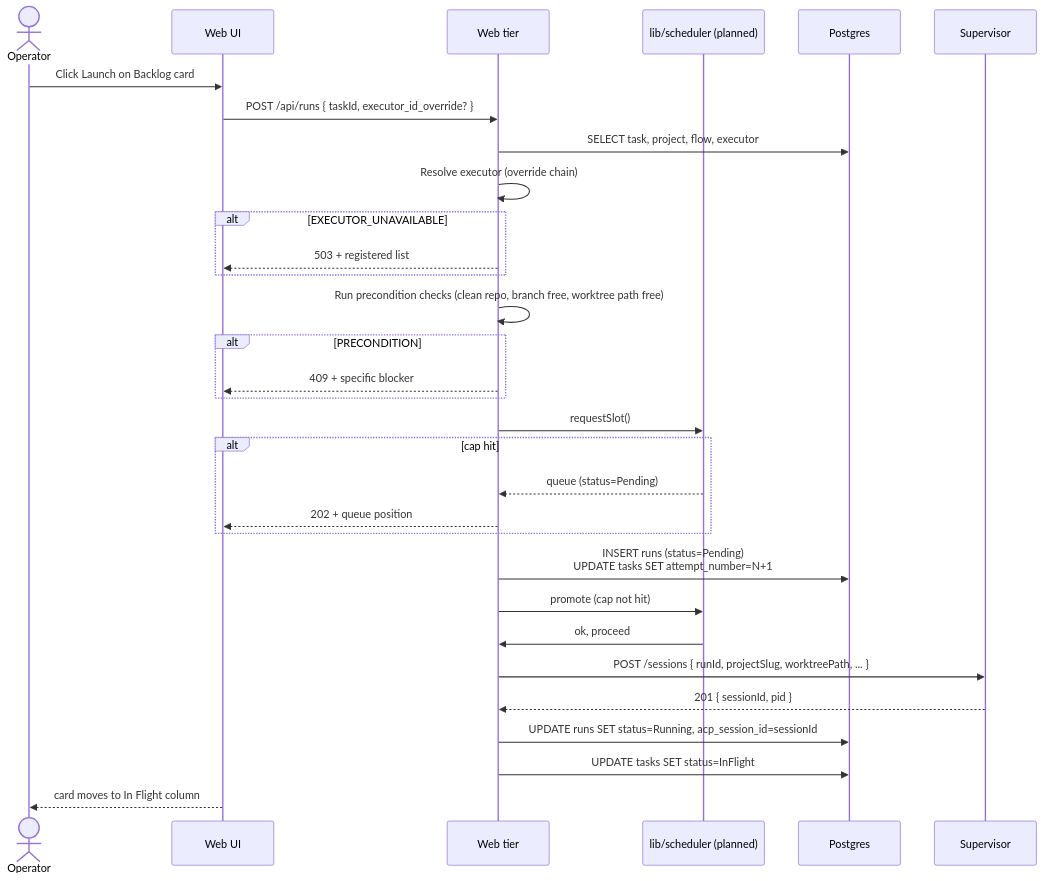
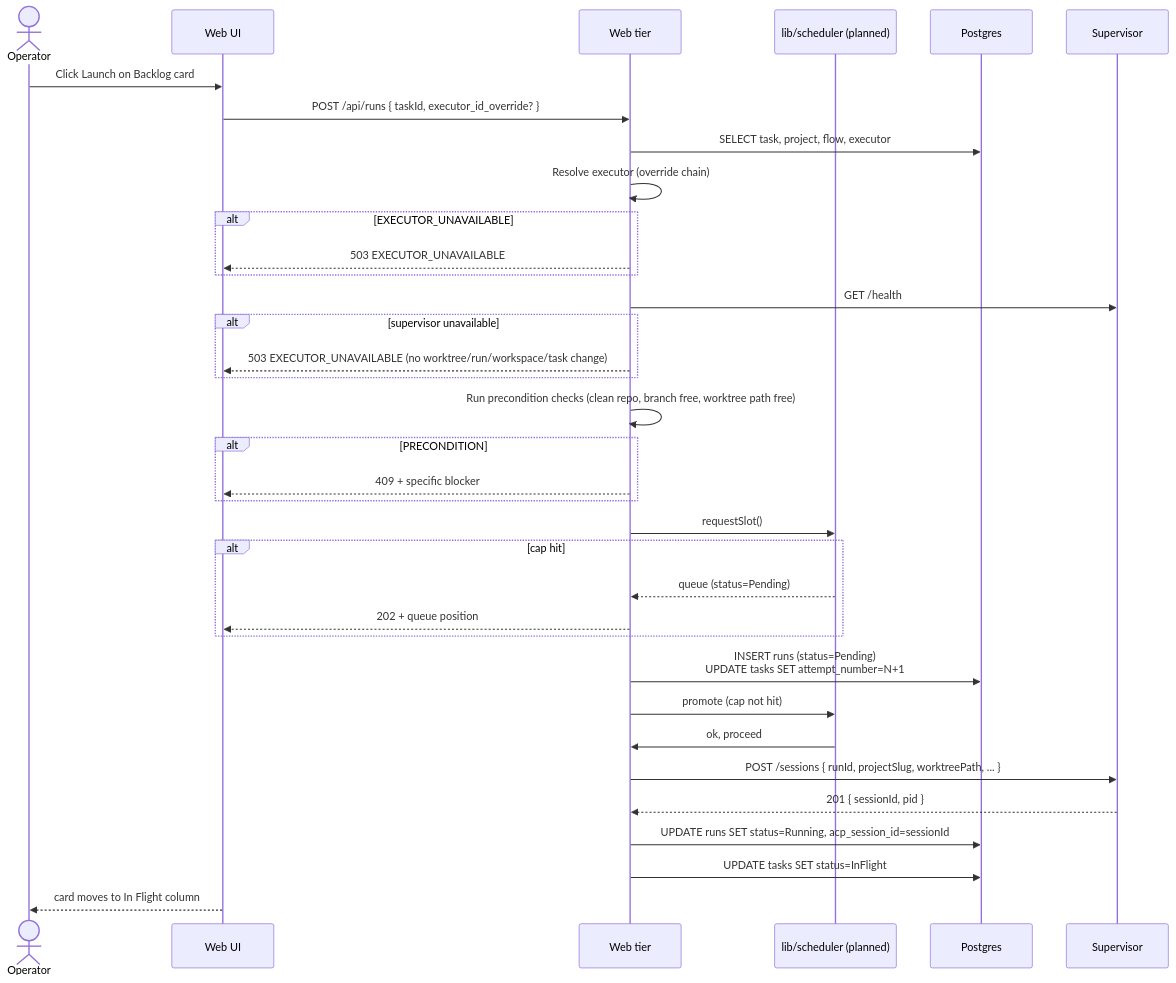
Before and after one commit to maister-dev/maister: the fourth of 6 diagrams in docs/system-analytics/tasks.md, drawn with Mermaid. The commit also changed 32 other files, not shown here.

````diff
--- a/docs/system-analytics/tasks.md
+++ b/docs/system-analytics/tasks.md
@@ -106,34 +106,38 @@
 ```mermaid
 sequenceDiagram
     actor U as Operator
     participant UI as Web UI
     participant W as Web tier
     participant SCH as lib/scheduler (planned)
     participant DB as Postgres
     participant SV as Supervisor
 
     U->>UI: Click Launch on Backlog card
     UI->>W: POST /api/runs { taskId, executor_id_override? }
     W->>DB: SELECT task, project, flow, executor
     W->>W: Resolve executor (override chain)
     alt EXECUTOR_UNAVAILABLE
-        W-->>UI: 503 + registered list
+        W-->>UI: 503 EXECUTOR_UNAVAILABLE
+    end
+    W->>SV: GET /health
+    alt supervisor unavailable
+        W-->>UI: 503 EXECUTOR_UNAVAILABLE (no worktree/run/workspace/task change)
     end
     W->>W: Run precondition checks (clean repo, branch free, worktree path free)
     alt PRECONDITION
         W-->>UI: 409 + specific blocker
     end
     W->>SCH: requestSlot()
     alt cap hit
         SCH-->>W: queue (status=Pending)
         W-->>UI: 202 + queue position
     end
     W->>DB: INSERT runs (status=Pending)<br/>UPDATE tasks SET attempt_number=N+1
     W->>SCH: promote (cap not hit)
     SCH->>W: ok, proceed
     W->>SV: POST /sessions { runId, projectSlug, worktreePath, ... }
     SV-->>W: 201 { sessionId, pid }
     W->>DB: UPDATE runs SET status=Running, acp_session_id=sessionId
     W->>DB: UPDATE tasks SET status=InFlight
     UI-->>U: card moves to In Flight column
 ```
````
